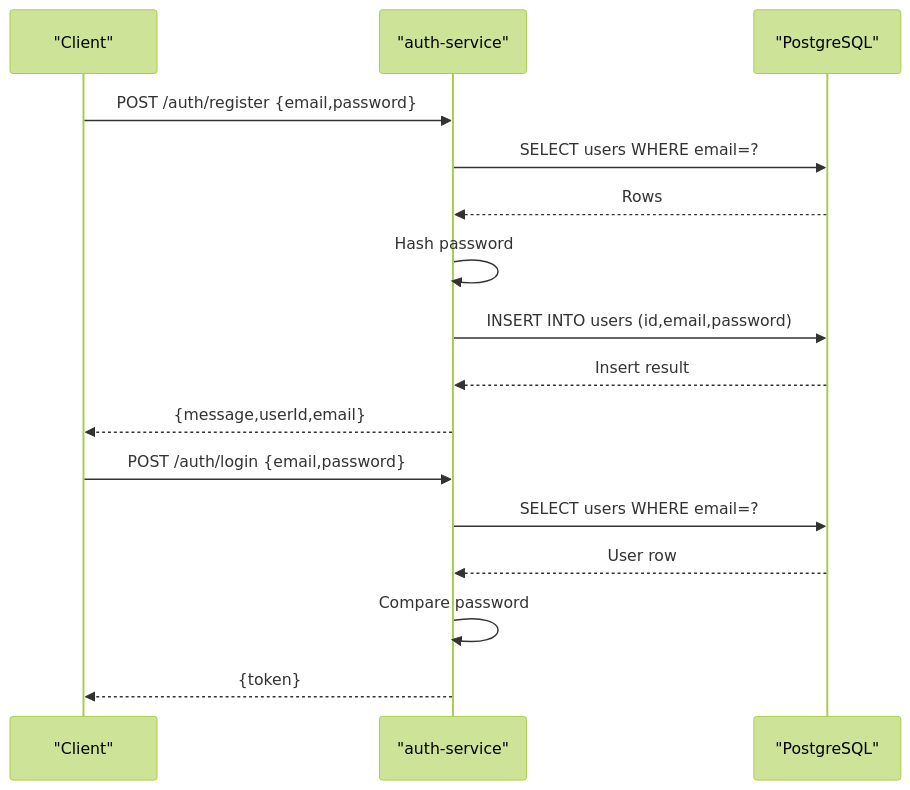
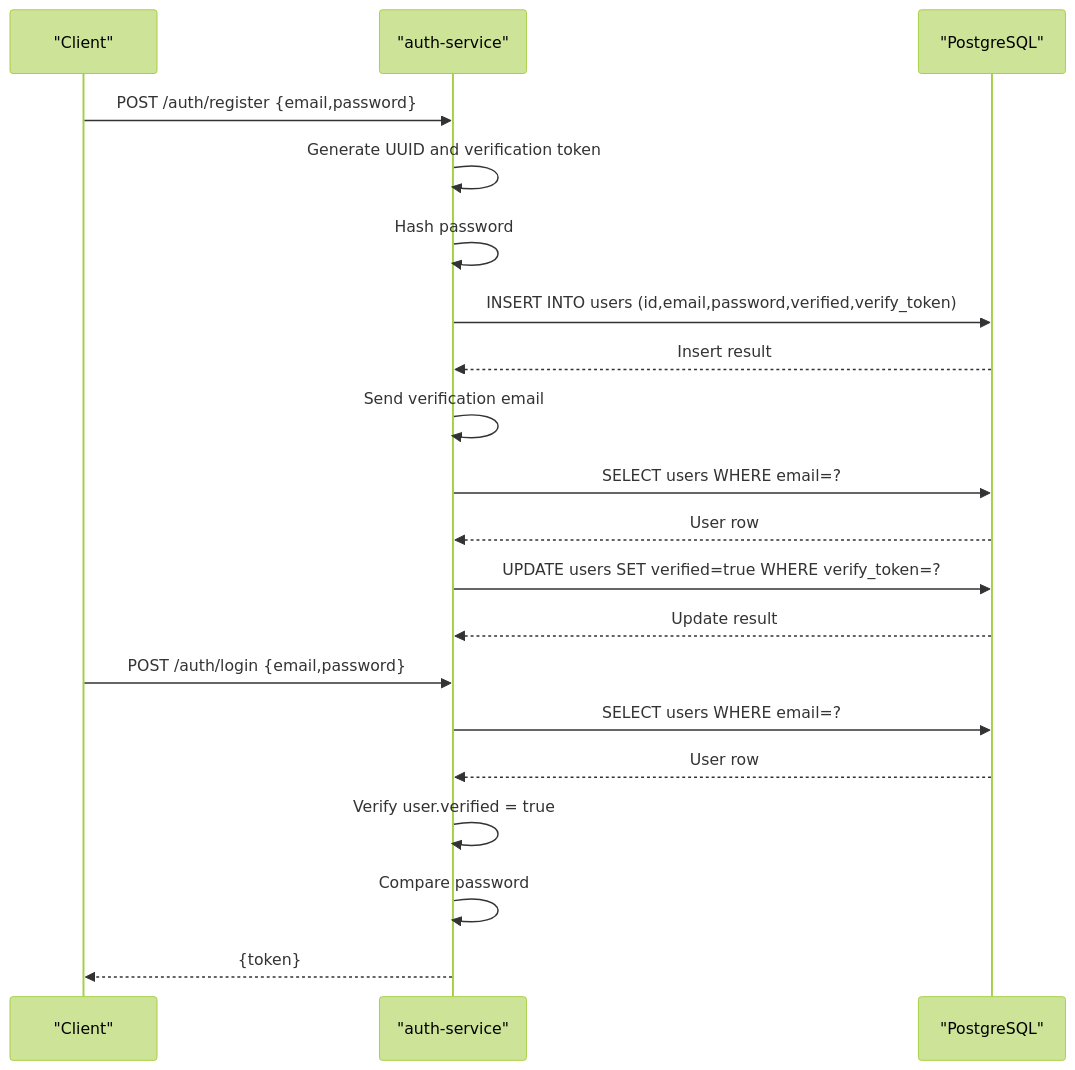
Before and after one commit to ikramhh/signvue-project: the fifth of 7 diagrams in .qoder/repowiki/en/content/Database Design.md, drawn with Mermaid (forest theme). The commit also changed other lines of this file and 4 other files, not shown here.

````diff
--- a/.qoder/repowiki/en/content/Database Design.md
+++ b/.qoder/repowiki/en/content/Database Design.md
@@ -257,18 +288,22 @@
 ```mermaid
 sequenceDiagram
 participant Client as "Client"
 participant Auth as "auth-service"
 participant DB as "PostgreSQL"
 Client->>Auth : POST /auth/register {email,password}
+Auth->>Auth : Generate UUID and verification token
+Auth->>Auth : Hash password
+Auth->>DB : INSERT INTO users (id,email,password,verified,verify_token)
+DB-->>Auth : Insert result
+Auth->>Auth : Send verification email
 Auth->>DB : SELECT users WHERE email=?
-DB-->>Auth : Rows
-Auth->>Auth : Hash password
-Auth->>DB : INSERT INTO users (id,email,password)
-DB-->>Auth : Insert result
-Auth-->>Client : {message,userId,email}
+DB-->>Auth : User row
+Auth->>DB : UPDATE users SET verified=true WHERE verify_token=?
+DB-->>Auth : Update result
 Client->>Auth : POST /auth/login {email,password}
 Auth->>DB : SELECT users WHERE email=?
 DB-->>Auth : User row
+Auth->>Auth : Verify user.verified = true
 Auth->>Auth : Compare password
 Auth-->>Client : {token}
 ```
````
